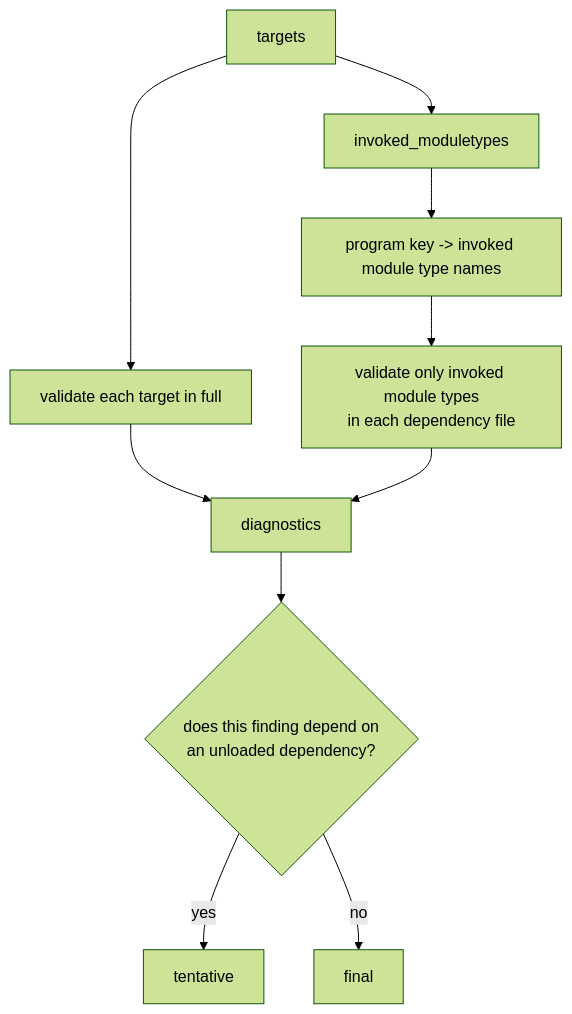
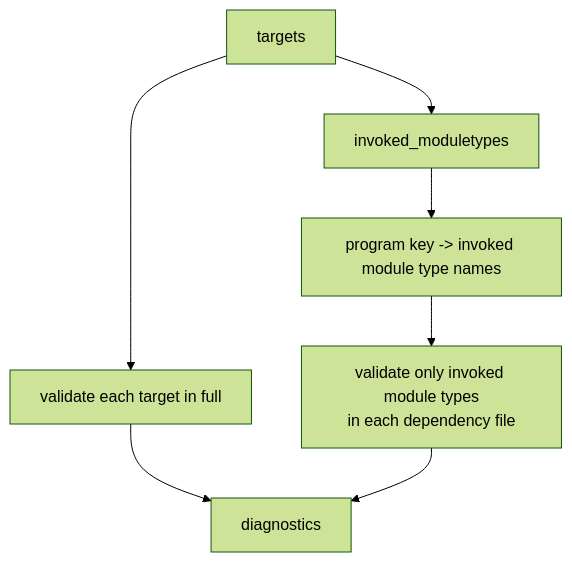
The fifth of 7 diagrams in docs/project.md (SorenHJohansen/sattline-parser), drawn with Mermaid (forest theme) before and after one commit. The commit also changed other lines of this file and 19 other files, not shown here.

````diff
--- a/docs/project.md
+++ b/docs/project.md
@@ -256,12 +255,9 @@
 ```mermaid
 flowchart TB
     T["targets"] --> R["invoked_moduletypes"]
     R --> M["program key -> invoked module type names"]
     T --> TV["validate each target in full"]
     M --> DV["validate only invoked module types<br/>in each dependency file"]
     TV --> D["diagnostics"]
     DV --> D
-    D --> TENT{"does this finding depend on<br/>an unloaded dependency?"}
-    TENT -->|yes| TM["tentative"]
-    TENT -->|no| FIN["final"]
 ```
````
